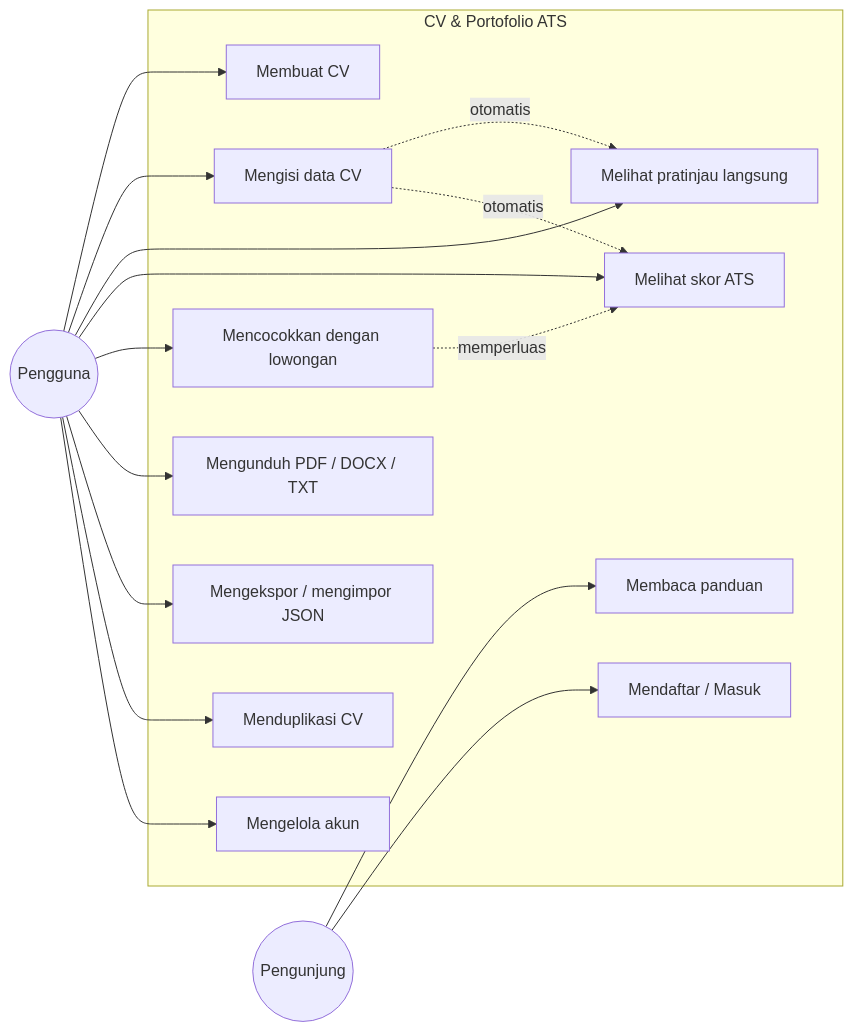
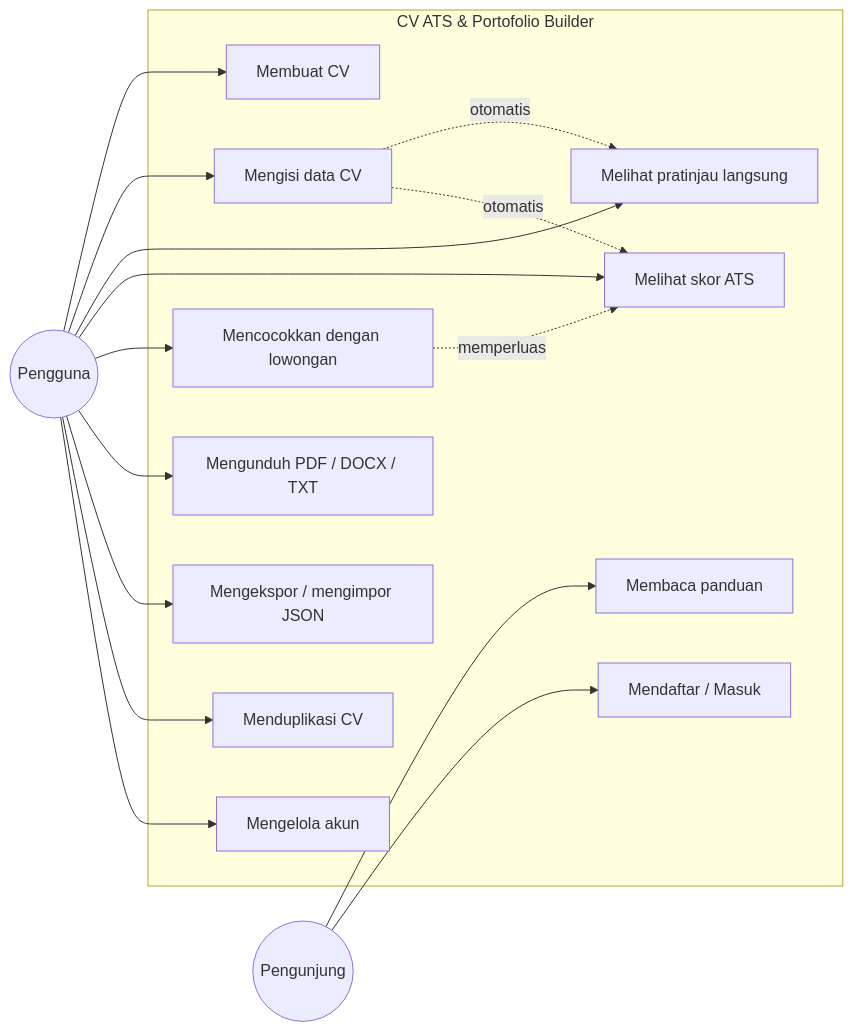
One commit to Zaky-Data-Science/cv-ats-builder changed the second of 5 diagrams in docs/dokumentasi-teknis.md. Above: the diagram before and after it, drawn with Mermaid. The commit also changed other lines of this file and 18 other files, not shown here.

````diff
--- a/docs/dokumentasi-teknis.md
+++ b/docs/dokumentasi-teknis.md
@@ -119,35 +119,35 @@
 ```mermaid
 flowchart LR
     P((Pengguna))
     T((Pengunjung))
 
-    subgraph Sistem["CV & Portofolio ATS"]
+    subgraph Sistem["CV ATS & Portofolio Builder"]
         U1[Mendaftar / Masuk]
         U2[Membuat CV]
         U3[Mengisi data CV]
         U4[Melihat pratinjau langsung]
         U5[Melihat skor ATS]
         U6[Mencocokkan dengan lowongan]
         U7[Mengunduh PDF / DOCX / TXT]
         U8[Mengekspor / mengimpor JSON]
         U9[Menduplikasi CV]
         U10[Mengelola akun]
         U11[Membaca panduan]
     end
 
     T --> U11
     T --> U1
     P --> U2
     P --> U3
     P --> U4
     P --> U5
     P --> U6
     P --> U7
     P --> U8
     P --> U9
     P --> U10
 
     U3 -. otomatis .-> U4
     U3 -. otomatis .-> U5
     U6 -. memperluas .-> U5
 ```
````
